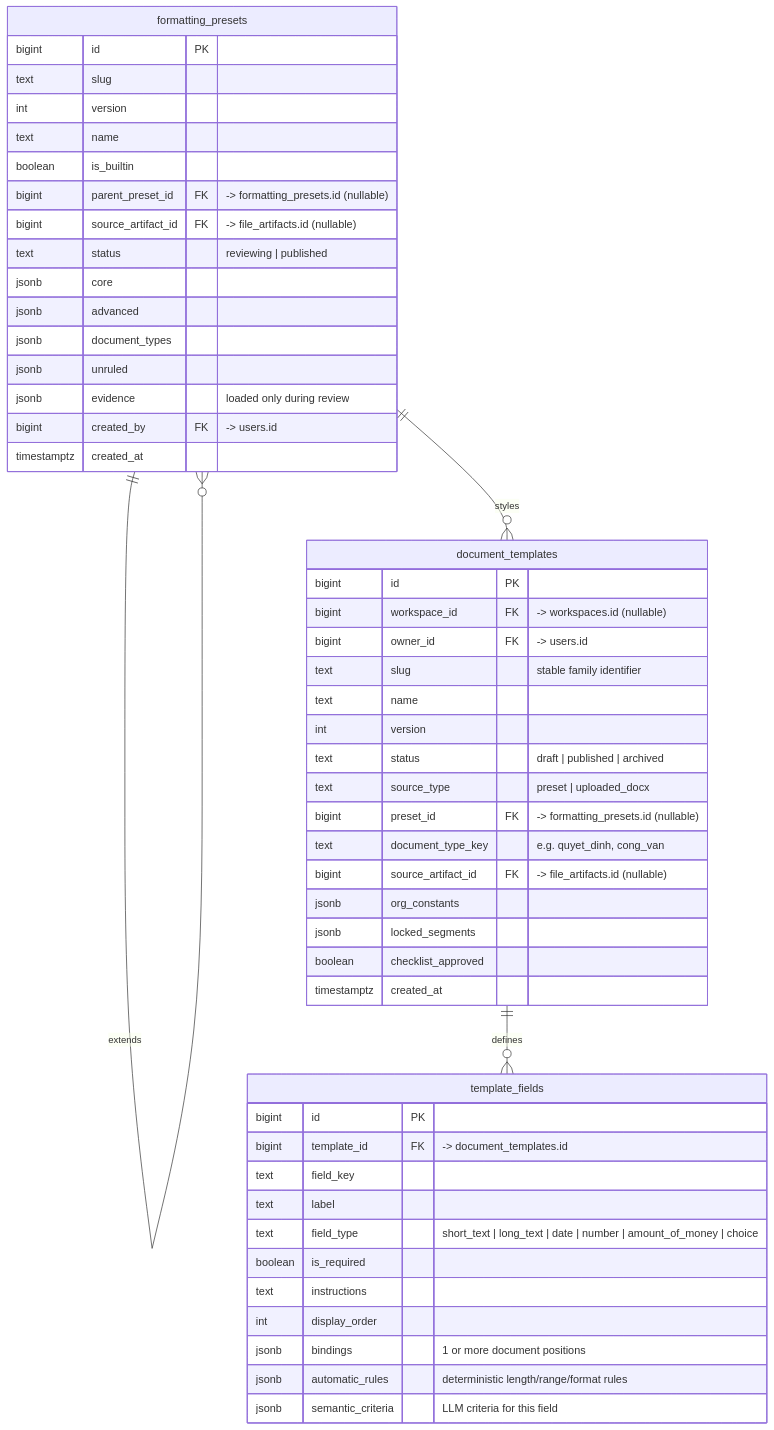
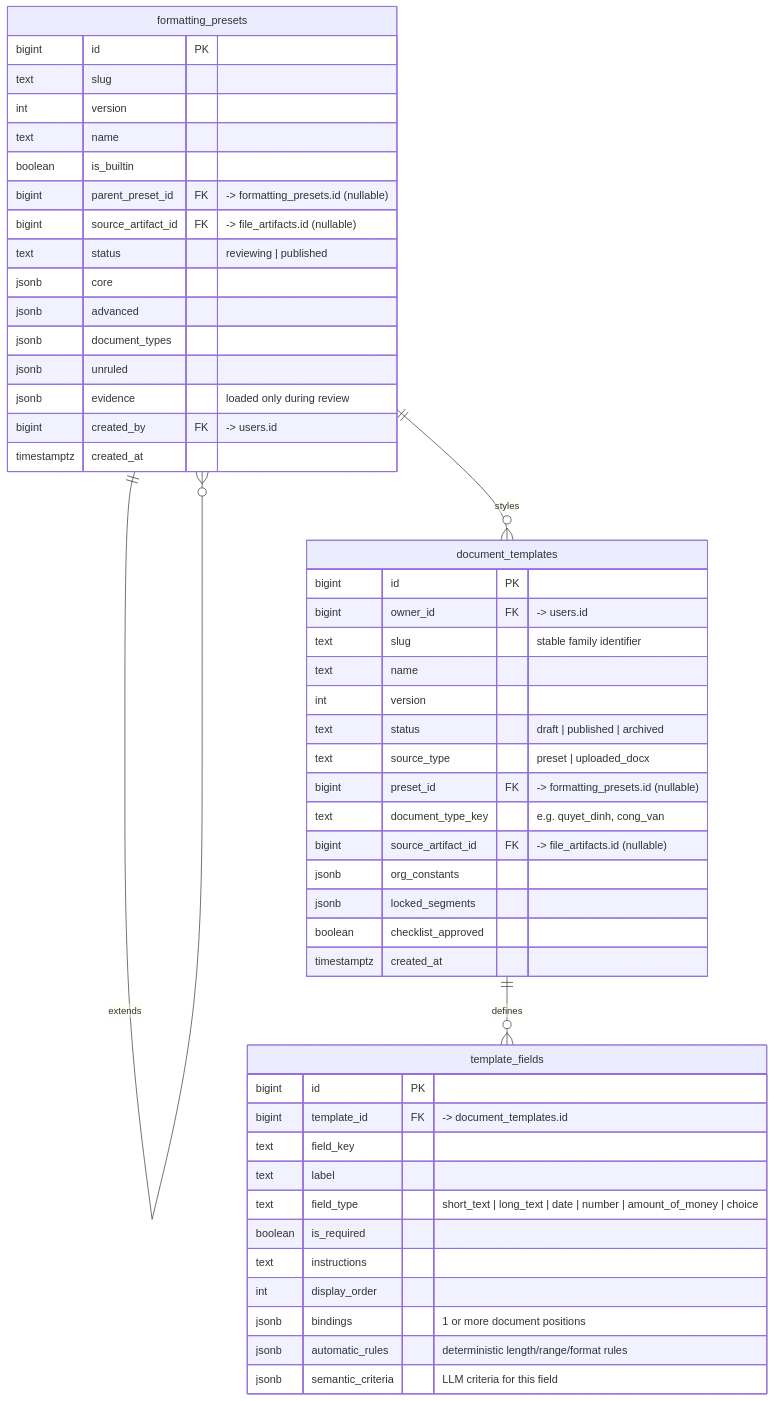
Before and after one commit to buitrong06/CS300-DocumentFromForm: the fourth of 7 diagrams in docs/analysis-and-design/database-overview.md, drawn with Mermaid. The commit also changed other lines of this file and 18 other files, not shown here.

````diff
--- a/docs/analysis-and-design/database-overview.md
+++ b/docs/analysis-and-design/database-overview.md
@@ -155,54 +156,53 @@
 ```mermaid
 erDiagram
     formatting_presets ||--o{ formatting_presets : "extends"
     formatting_presets ||--o{ document_templates : "styles"
     document_templates ||--o{ template_fields : "defines"
 
     formatting_presets {
         bigint id PK
         text slug
         int version
         text name
         boolean is_builtin
         bigint parent_preset_id FK "-> formatting_presets.id (nullable)"
         bigint source_artifact_id FK "-> file_artifacts.id (nullable)"
         text status "reviewing | published"
         jsonb core
         jsonb advanced
         jsonb document_types
         jsonb unruled
         jsonb evidence "loaded only during review"
         bigint created_by FK "-> users.id"
         timestamptz created_at
     }
     document_templates {
         bigint id PK
-        bigint workspace_id FK "-> workspaces.id (nullable)"
         bigint owner_id FK "-> users.id"
         text slug "stable family identifier"
         text name
         int version
         text status "draft | published | archived"
         text source_type "preset | uploaded_docx"
         bigint preset_id FK "-> formatting_presets.id (nullable)"
         text document_type_key "e.g. quyet_dinh, cong_van"
         bigint source_artifact_id FK "-> file_artifacts.id (nullable)"
         jsonb org_constants
         jsonb locked_segments
         boolean checklist_approved
         timestamptz created_at
     }
     template_fields {
         bigint id PK
         bigint template_id FK "-> document_templates.id"
         text field_key
         text label
         text field_type "short_text | long_text | date | number | amount_of_money | choice"
         boolean is_required
         text instructions
         int display_order
         jsonb bindings "1 or more document positions"
         jsonb automatic_rules "deterministic length/range/format rules"
         jsonb semantic_criteria "LLM criteria for this field"
     }
 ```
````
